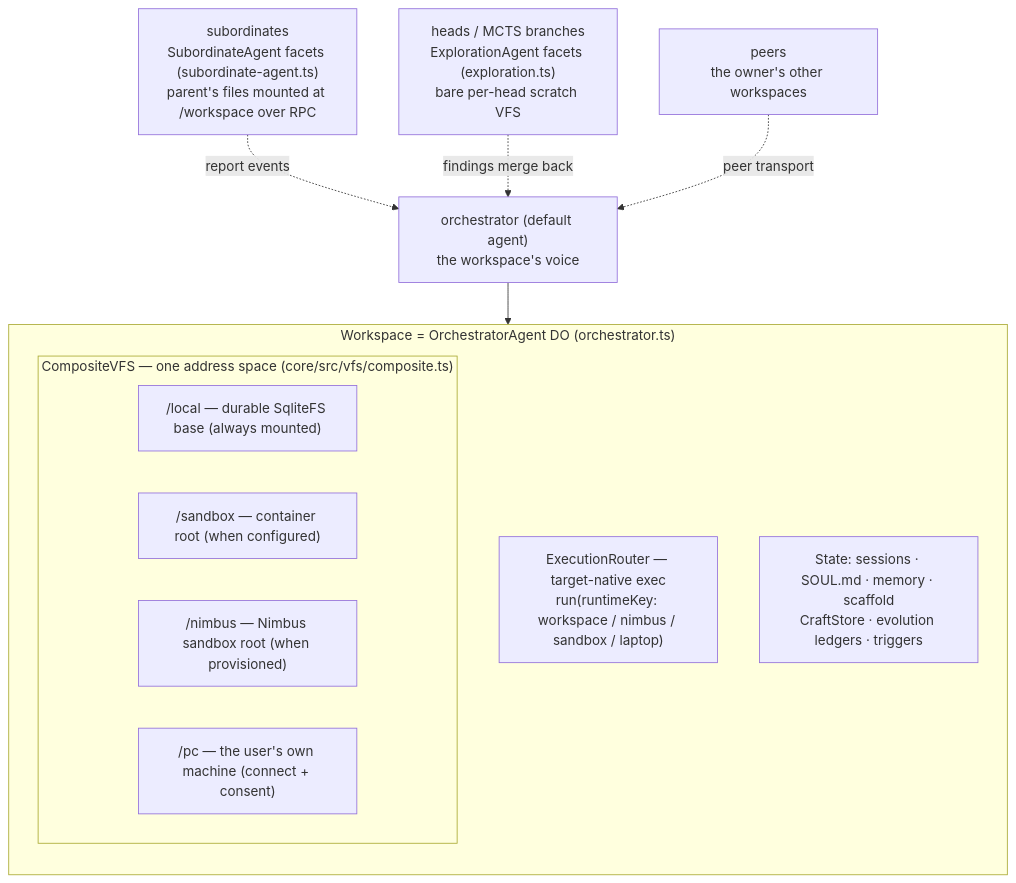
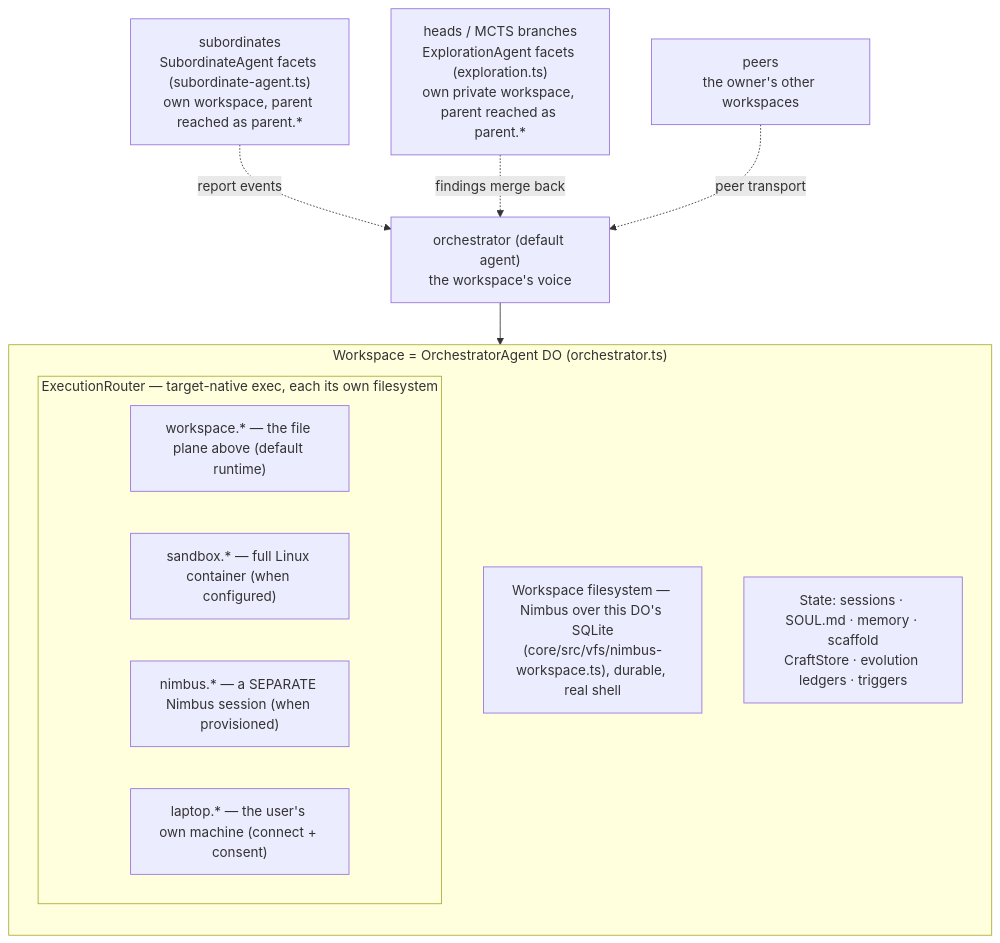
Before and after one commit to AshishKumar4/kinu: the first of 5 diagrams in docs/ARCHITECTURE.md, drawn with Mermaid. The commit also changed other lines of this file and 289 other files, not shown here.

````diff
--- a/docs/ARCHITECTURE.md
+++ b/docs/ARCHITECTURE.md
@@ -27,19 +29,19 @@
 ```mermaid
 graph TB
     subgraph WS["Workspace = OrchestratorAgent DO (orchestrator.ts)"]
         direction TB
-        subgraph Files["CompositeVFS — one address space (core/src/vfs/composite.ts)"]
-            L["/local — durable SqliteFS base (always mounted)"]
-            S["/sandbox — container root (when configured)"]
-            N["/nimbus — Nimbus sandbox root (when provisioned)"]
-            P["/pc — the user's own machine (connect + consent)"]
+        Files["Workspace filesystem — Nimbus over this DO's SQLite<br/>(core/src/vfs/nimbus-workspace.ts), durable, real shell"]
+        subgraph Execs["ExecutionRouter — target-native exec, each its own filesystem"]
+            W["workspace.* — the file plane above (default runtime)"]
+            S["sandbox.* — full Linux container (when configured)"]
+            N["nimbus.* — a SEPARATE Nimbus session (when provisioned)"]
+            P["laptop.* — the user's own machine (connect + consent)"]
         end
-        Router["ExecutionRouter — target-native exec<br/>run(runtimeKey: workspace / nimbus / sandbox / laptop)"]
         State["State: sessions · SOUL.md · memory · scaffold<br/>CraftStore · evolution ledgers · triggers"]
     end
 
     Orch["orchestrator (default agent)<br/>the workspace's voice"] --> WS
-    Subs["subordinates<br/>SubordinateAgent facets (subordinate-agent.ts)<br/>parent's files mounted at /workspace over RPC"] -.->|report events| Orch
-    Heads["heads / MCTS branches<br/>ExplorationAgent facets (exploration.ts)<br/>bare per-head scratch VFS"] -.->|findings merge back| Orch
+    Subs["subordinates<br/>SubordinateAgent facets (subordinate-agent.ts)<br/>own workspace, parent reached as parent.*"] -.->|report events| Orch
+    Heads["heads / MCTS branches<br/>ExplorationAgent facets (exploration.ts)<br/>own private workspace, parent reached as parent.*"] -.->|findings merge back| Orch
     Peers["peers<br/>the owner's other workspaces"] -.->|peer transport| Orch
 ```
````
